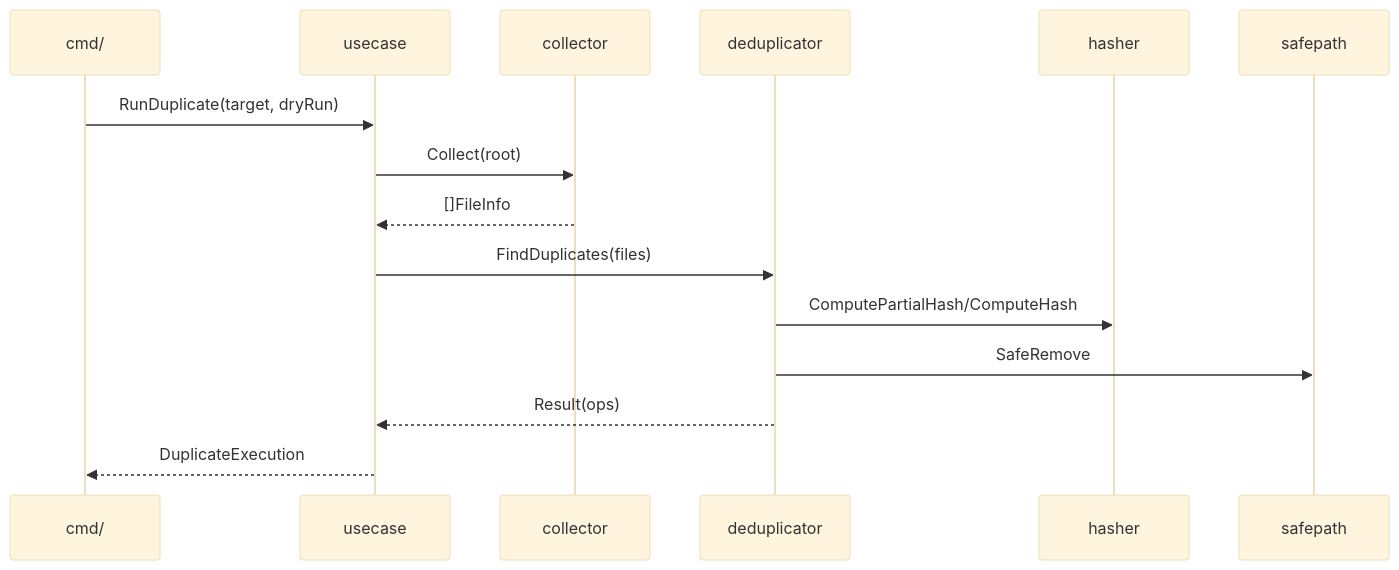
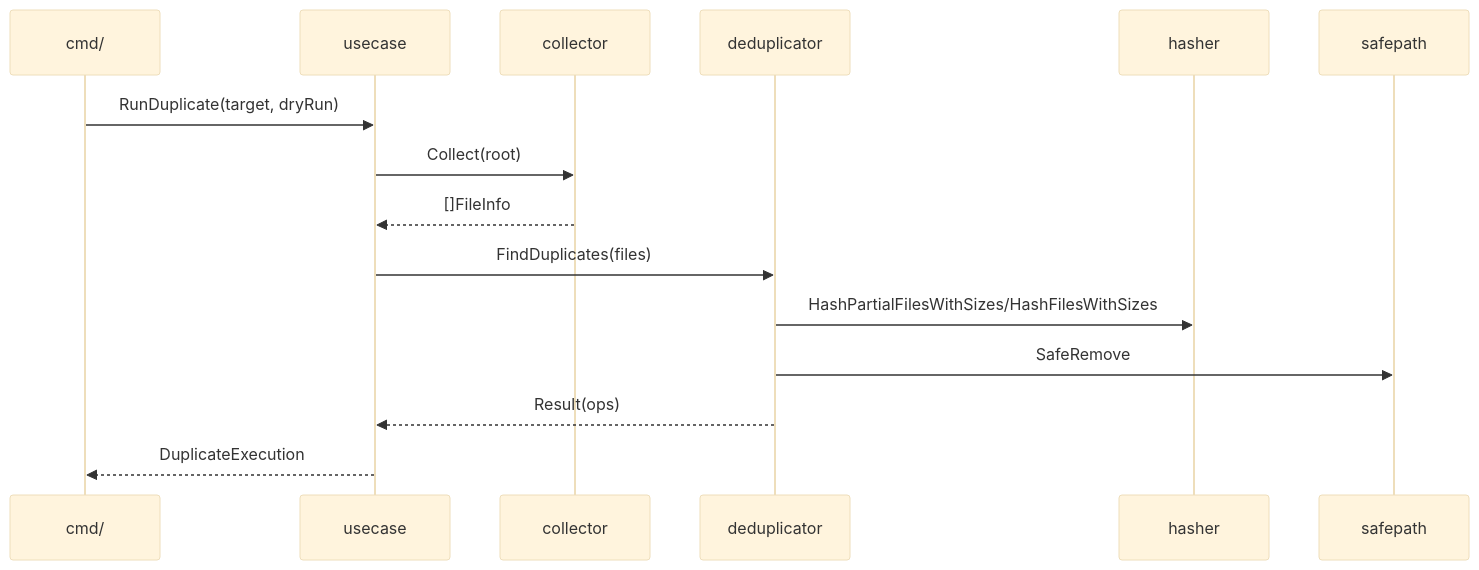
Before and after one commit to haapjari/btidy: the fourth of 5 diagrams in docs/ARCHITECTURE.md, drawn with Mermaid (base theme). The commit also changed other lines of this file and 11 other files, not shown here.

````diff
--- a/docs/ARCHITECTURE.md
+++ b/docs/ARCHITECTURE.md
@@ -121,18 +121,18 @@
 ```mermaid
 sequenceDiagram
   participant CLI as cmd/
   participant U as usecase
   participant C as collector
   participant D as deduplicator
   participant H as hasher
   participant P as safepath
 
   CLI->>U: RunDuplicate(target, dryRun)
   U->>C: Collect(root)
   C-->>U: []FileInfo
   U->>D: FindDuplicates(files)
-  D->>H: ComputePartialHash/ComputeHash
+  D->>H: HashPartialFilesWithSizes/HashFilesWithSizes
   D->>P: SafeRemove
   D-->>U: Result(ops)
   U-->>CLI: DuplicateExecution
 ```
````
